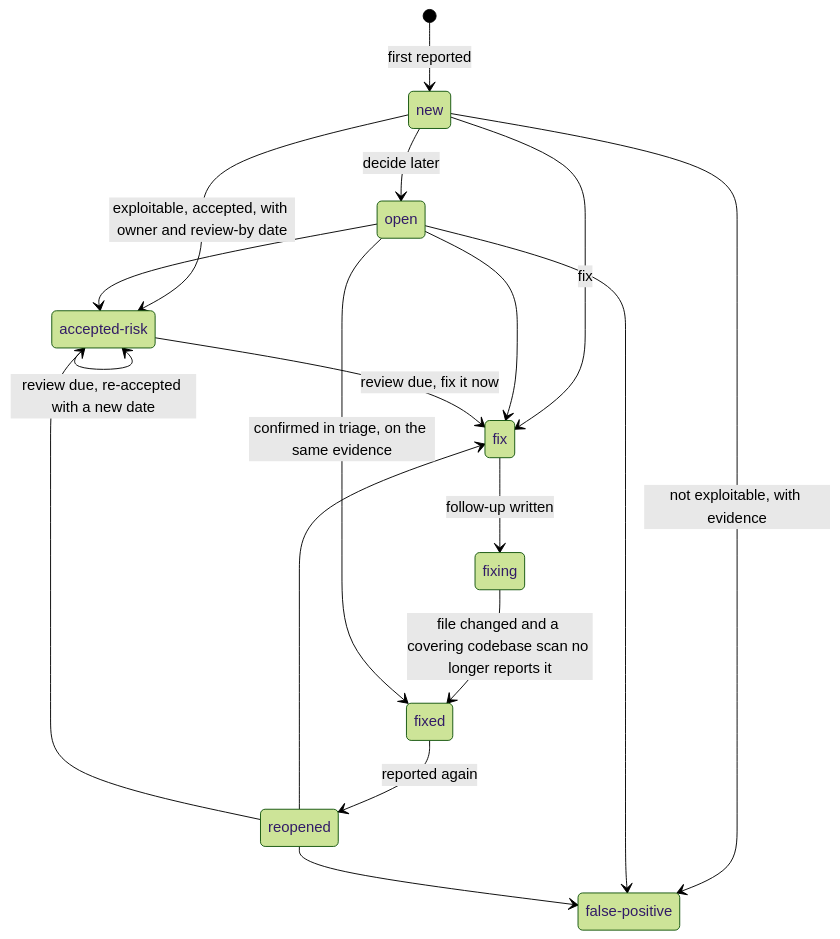
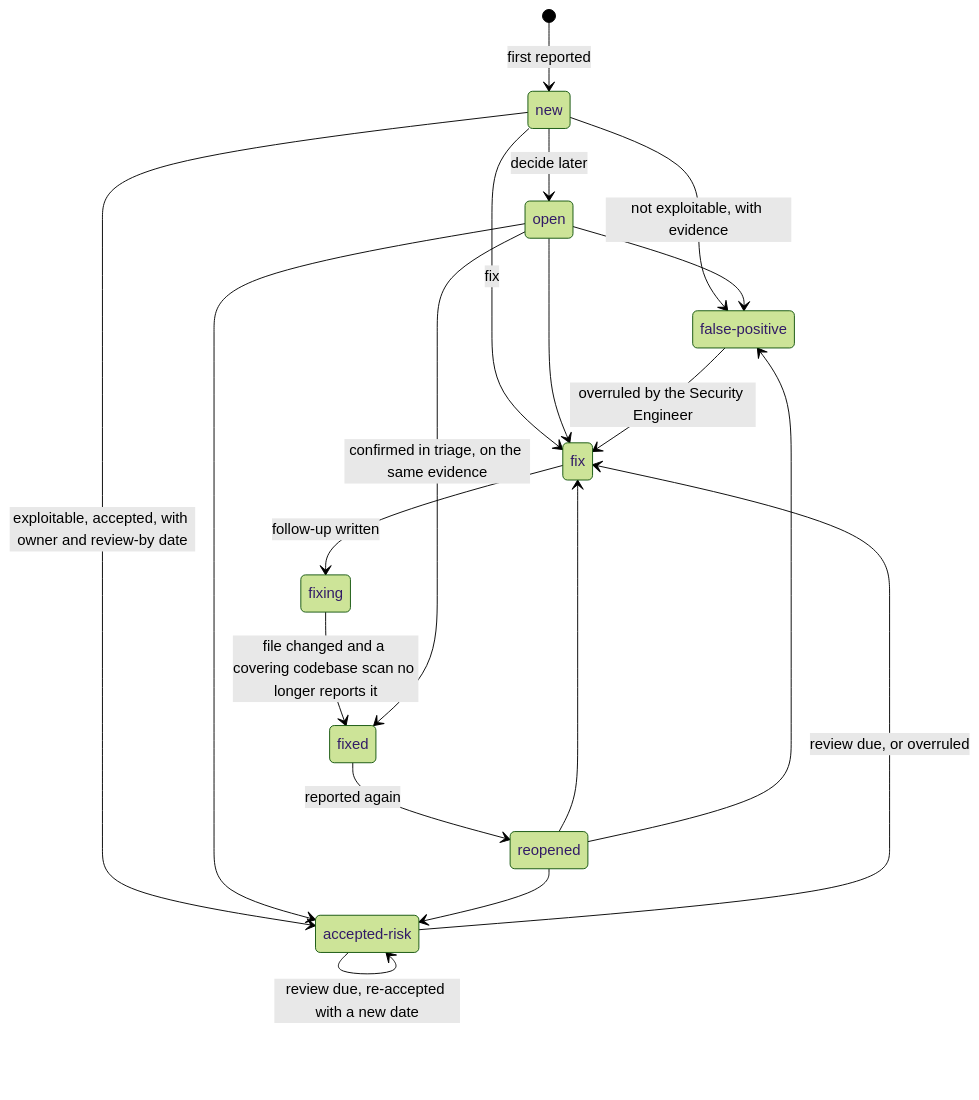
Before and after one commit to ihudak/ai-workflows: the second of 2 diagrams in docs/superpowers/specs/2026-10-15-security-workflows-scan-design.md, drawn with Mermaid (forest theme). The commit also changed other lines of this file and 1 other file, not shown here.

First line of the commit message:
docs(spec,plan): security-workflows — scan before the merge, a Dev never blocked, the register as bookkeeping

````diff
--- a/docs/superpowers/specs/2026-10-15-security-workflows-scan-design.md
+++ b/docs/superpowers/specs/2026-10-15-security-workflows-scan-design.md
@@ -278,22 +326,23 @@
 ```mermaid
 stateDiagram-v2
     state "false-positive" as false_positive
     state "accepted-risk" as accepted_risk
     [*] --> new: first reported
     new --> open: decide later
     new --> fix: fix
     new --> false_positive: not exploitable, with evidence
     new --> accepted_risk: exploitable, accepted, with owner and review-by date
     open --> fix
     open --> false_positive
     open --> accepted_risk
     accepted_risk --> accepted_risk: review due, re-accepted with a new date
-    accepted_risk --> fix: review due, fix it now
+    accepted_risk --> fix: review due, or overruled
+    false_positive --> fix: overruled by the Security Engineer
     fix --> fixing: follow-up written
     fixing --> fixed: file changed and a covering codebase scan no longer reports it
     open --> fixed: confirmed in triage, on the same evidence
     fixed --> reopened: reported again
     reopened --> fix
     reopened --> false_positive
     reopened --> accepted_risk
 ```
````
